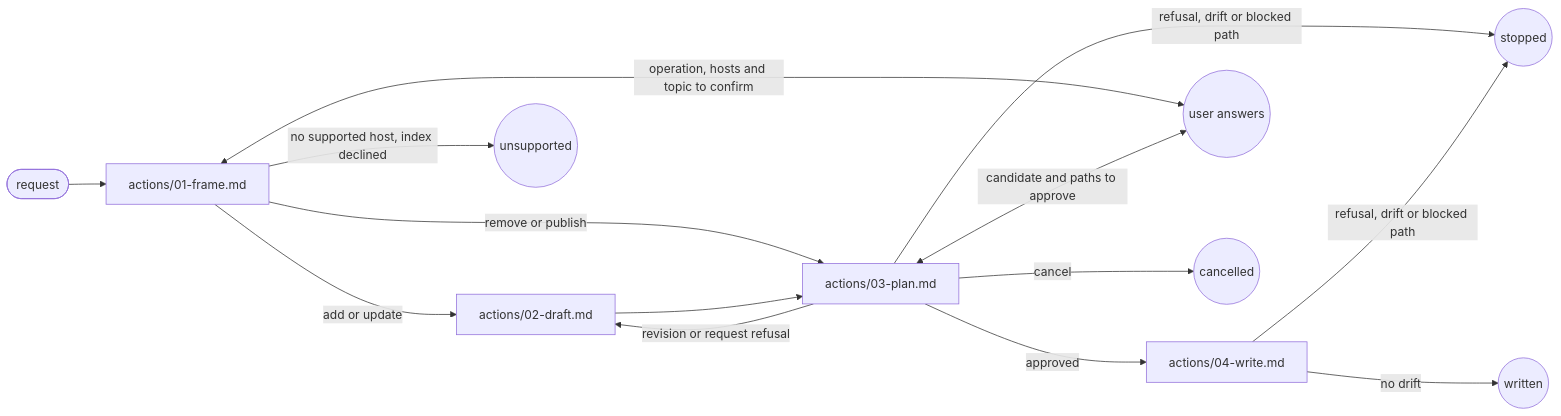
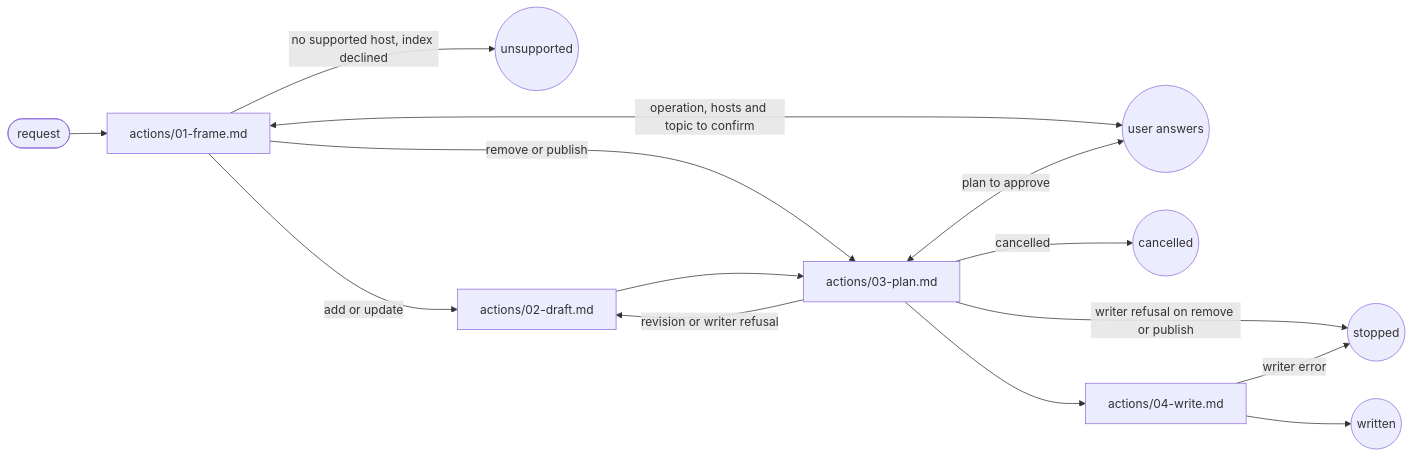
Before and after one commit to ai-driven-dev/framework: the diagram in plugins/aidd-context/skills/05-rule-generate/SKILL.md, drawn with Mermaid. The commit also changed other lines of this file and 5 other files, not shown here.

````diff
--- a/plugins/aidd-context/skills/05-rule-generate/SKILL.md
+++ b/plugins/aidd-context/skills/05-rule-generate/SKILL.md
@@ -9,19 +9,16 @@
 ```mermaid
 flowchart LR
-  frame["actions/01-frame.md"]
-  draft["actions/02-draft.md"]
-  plan["actions/03-plan.md"]
-  write["actions/04-write.md"]
-  entry([request]) --> frame
+  entry([request]) --> frame["actions/01-frame.md"]
   frame <-->|"operation, hosts and topic to confirm"| user((user answers))
-  plan <-->|"candidate and paths to approve"| user
-  frame -->|"add or update"| draft
-  frame -->|"remove or publish"| plan
   frame -->|"no supported host, index declined"| unsupported((unsupported))
+  frame -->|"add or update"| draft["actions/02-draft.md"]
+  frame -->|"remove or publish"| plan["actions/03-plan.md"]
   draft --> plan
-  plan -->|"approved"| write
-  plan -->|"revision or request refusal"| draft
-  plan -->|"cancel"| cancelled((cancelled))
-  plan & write -->|"refusal, drift or blocked path"| stopped((stopped))
-  write -->|"no drift"| written((written))
+  plan <-->|"plan to approve"| user
+  plan -->|"revision or writer refusal"| draft
+  plan -->|"cancelled"| cancelled((cancelled))
+  plan -->|"writer refusal on remove or publish"| stopped((stopped))
+  plan --> write["actions/04-write.md"]
+  write --> done((written))
+  write -->|"writer error"| stopped
 ```
````
